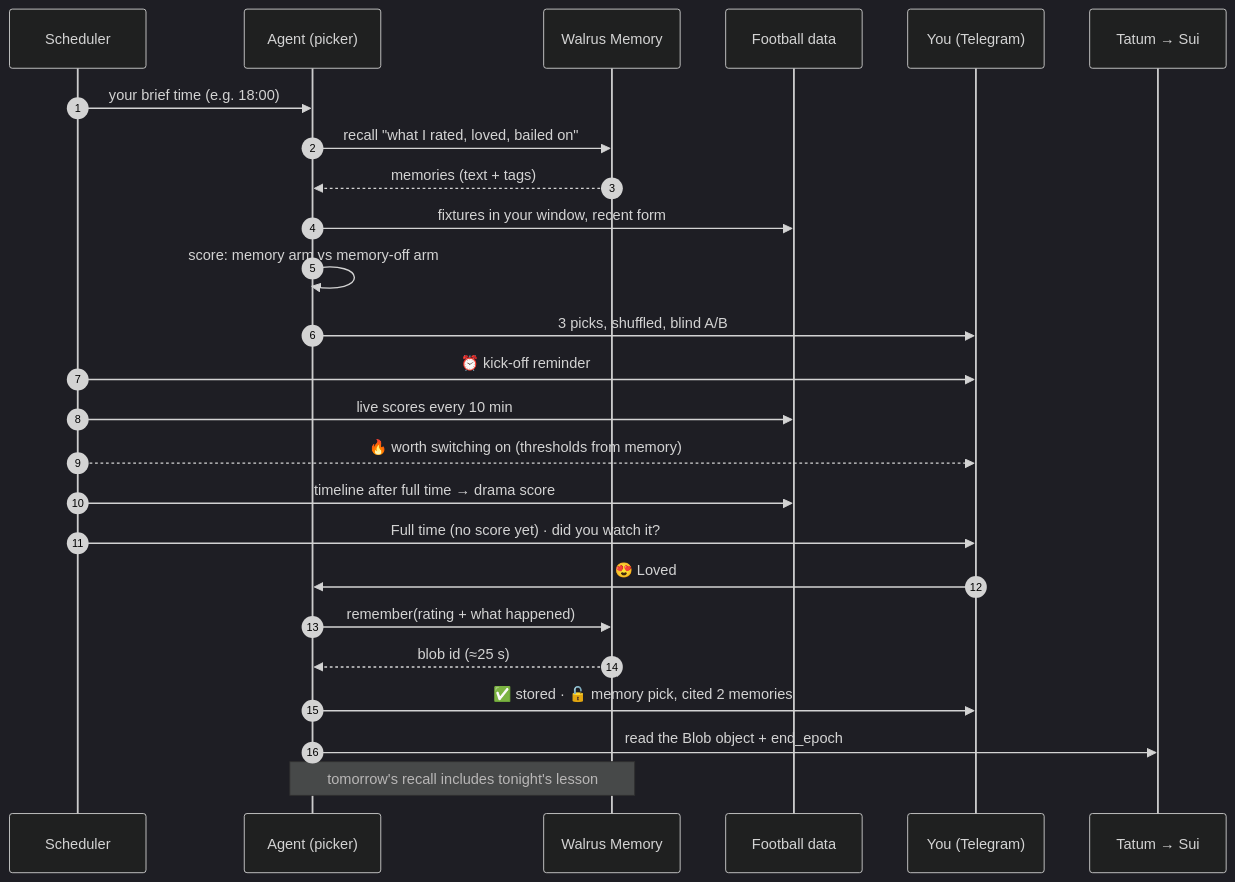
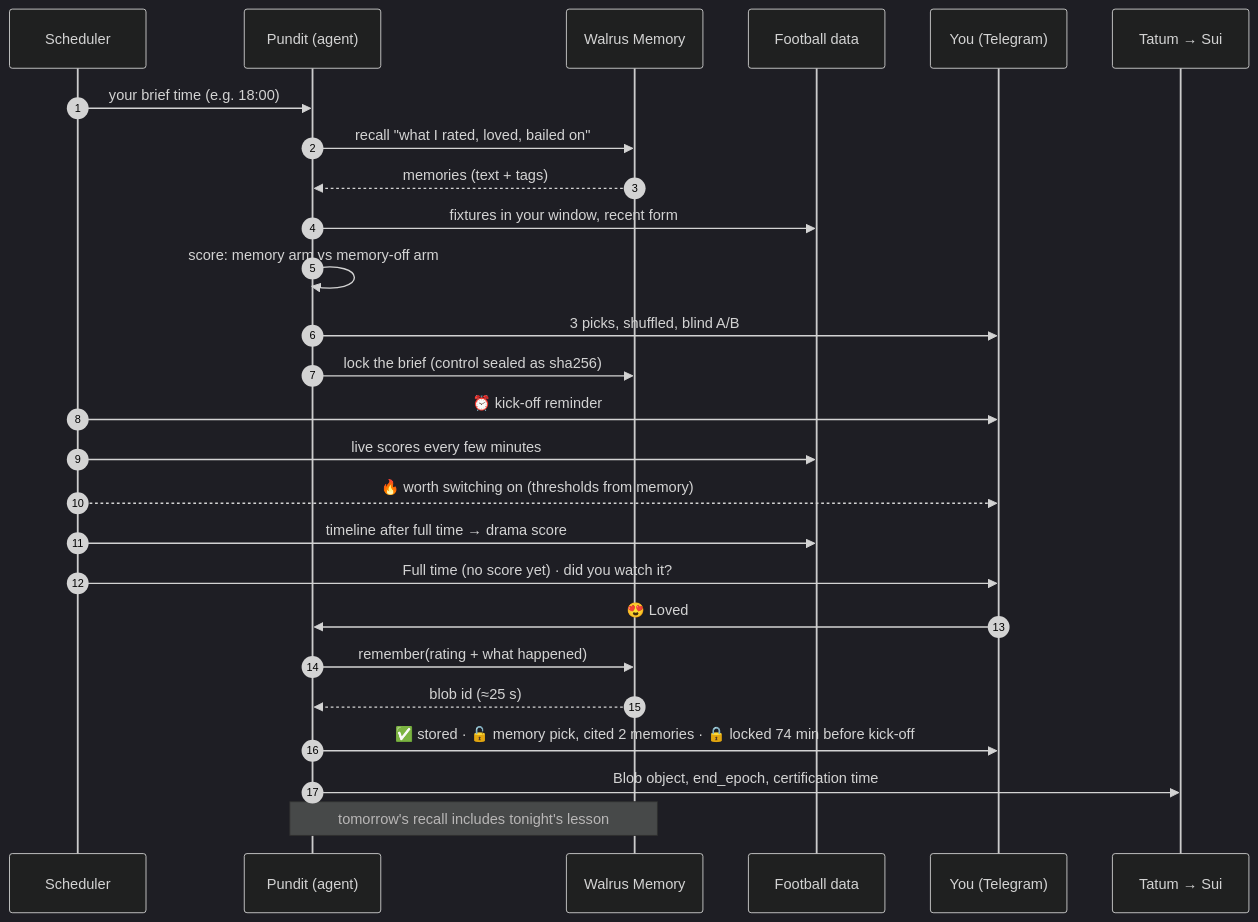
One commit to yukitran03/pocket-pundit changed the second of 3 diagrams in README.md. Above: the diagram before and after it, drawn with Mermaid (dark theme). The commit also changed other lines of this file and 6 other files, not shown here.

Commit message:
Rename to Pocket Pundit: brand constant, README (brand story, trust section, locks, new commands, updated diagrams), package and scripts

````diff
--- a/README.md
+++ b/README.md
@@ -86,28 +104,29 @@
 ```mermaid
 sequenceDiagram
   autonumber
   participant S as Scheduler
-  participant A as Agent (picker)
+  participant A as Pundit (agent)
   participant W as Walrus Memory
   participant F as Football data
   participant U as You (Telegram)
   participant T as Tatum → Sui
 
   S->>A: your brief time (e.g. 18:00)
   A->>W: recall "what I rated, loved, bailed on"
   W-->>A: memories (text + tags)
   A->>F: fixtures in your window, recent form
   A->>A: score: memory arm vs memory-off arm
   A->>U: 3 picks, shuffled, blind A/B
+  A->>W: lock the brief (control sealed as sha256)
   S->>U: ⏰ kick-off reminder
-  S->>F: live scores every 10 min
+  S->>F: live scores every few minutes
   S-->>U: 🔥 worth switching on (thresholds from memory)
   S->>F: timeline after full time → drama score
   S->>U: Full time (no score yet) · did you watch it?
   U->>A: 😍 Loved
   A->>W: remember(rating + what happened)
   W-->>A: blob id (≈25 s)
-  A->>U: ✅ stored · 🔓 memory pick, cited 2 memories
-  A->>T: read the Blob object + end_epoch
+  A->>U: ✅ stored · 🔓 memory pick, cited 2 memories · 🔒 locked 74 min before kick-off
+  A->>T: Blob object, end_epoch, certification time
   Note over A,W: tomorrow's recall includes tonight's lesson
 ```
````
